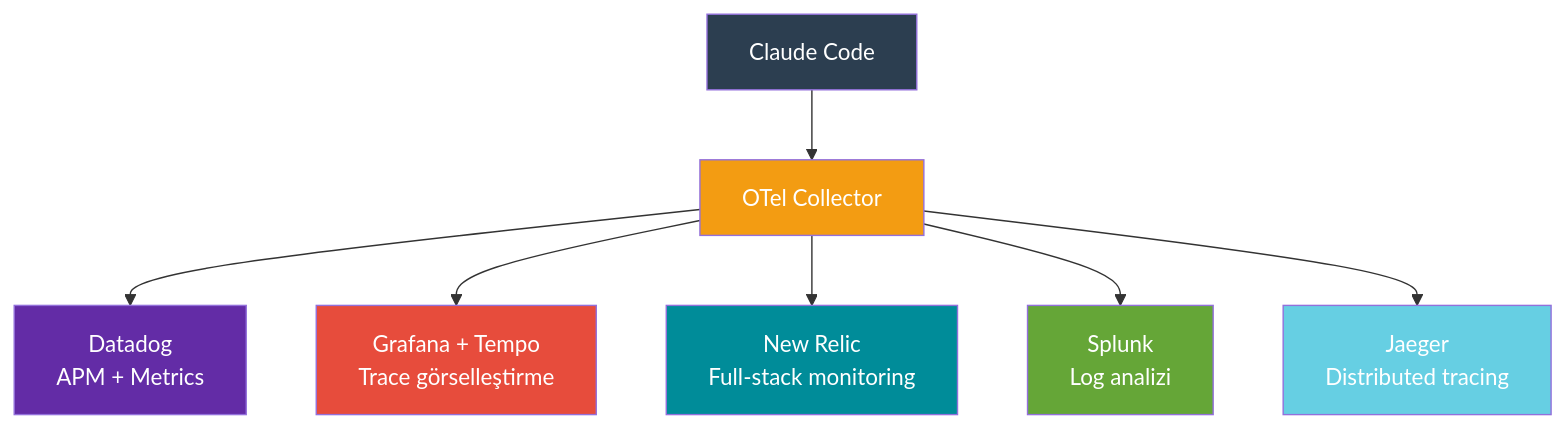
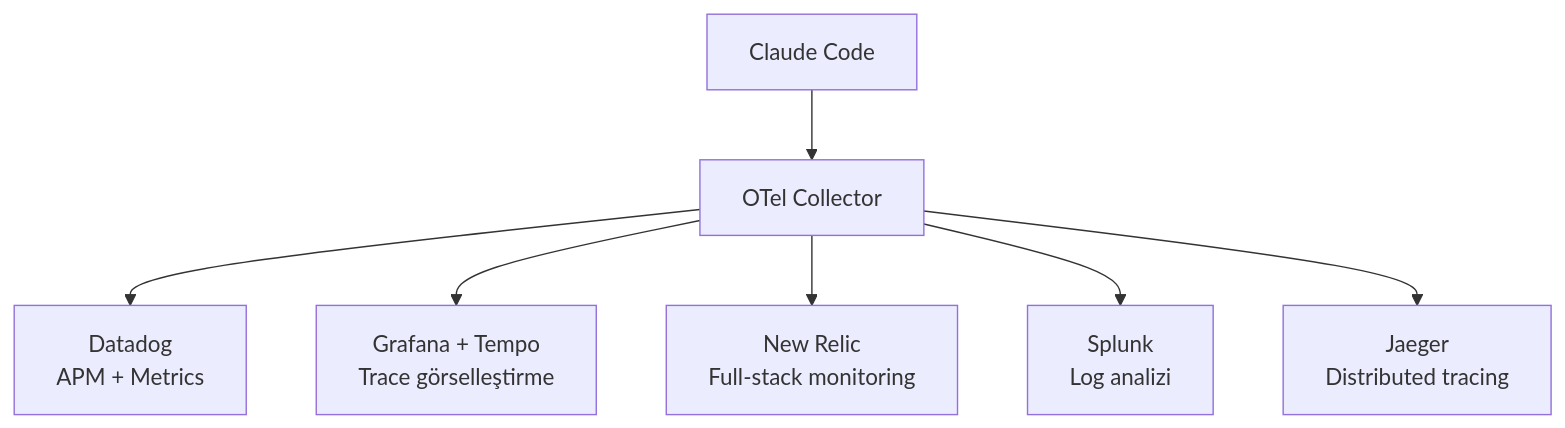
Before and after one commit to IzzetYasinAtes/ClaudeCodeHandbook: the third of 3 diagrams in 18-kurumsal-kullanim/03-izleme-ve-opentelemetry.md, drawn with Mermaid. The commit also changed other lines of this file and 97 other files, not shown here.

Commit message:
Remove all custom Mermaid style/fill colors from 98 markdown files for consistent dark theme rendering

````diff
--- a/18-kurumsal-kullanim/03-izleme-ve-opentelemetry.md
+++ b/18-kurumsal-kullanim/03-izleme-ve-opentelemetry.md
@@ -206,18 +202,11 @@
 ```mermaid
 flowchart TD
     CC["Claude Code"] --> OTEL["OTel Collector"]
 
     OTEL --> DD["Datadog<br/>APM + Metrics"]
     OTEL --> GRAF["Grafana + Tempo<br/>Trace görselleştirme"]
     OTEL --> NR["New Relic<br/>Full-stack monitoring"]
     OTEL --> SPLUNK["Splunk<br/>Log analizi"]
     OTEL --> JAEGER["Jaeger<br/>Distributed tracing"]
 
-    style CC fill:#2C3E50,color:#fff
-    style OTEL fill:#F39C12,color:#fff
-    style DD fill:#632CA6,color:#fff
-    style GRAF fill:#E74C3C,color:#fff
-    style NR fill:#008C99,color:#fff
-    style SPLUNK fill:#65A637,color:#fff
-    style JAEGER fill:#66CFE3,color:#fff
 ```
````
